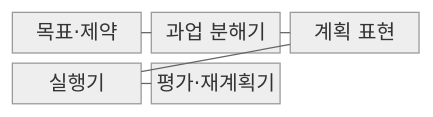
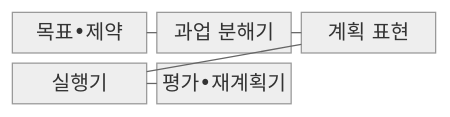
One commit to agnusdei1207/knowledge-base changed the first of 2 diagrams in src/content/docs/notes/08-latest-tech/015_agent_planning.md. Above: the diagram before and after it, drawn with Mermaid (neutral theme). The commit also changed other lines of this file and 953 other files, not shown here.

````diff
--- a/src/content/docs/notes/08-latest-tech/015_agent_planning.md
+++ b/src/content/docs/notes/08-latest-tech/015_agent_planning.md
@@ -66,13 +66,13 @@
 ```mermaid
 block-beta
     columns 3
-    G["목표·제약"]
+    G["목표•제약"]
     D["과업 분해기"]
     R["계획 표현"]
     X["실행기"]
-    E["평가·재계획기"]
+    E["평가•재계획기"]
     G --- D
     D --- R
     R --- X
     X --- E
 ```
````
